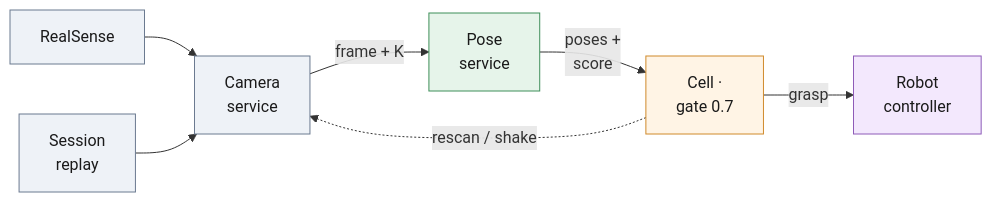
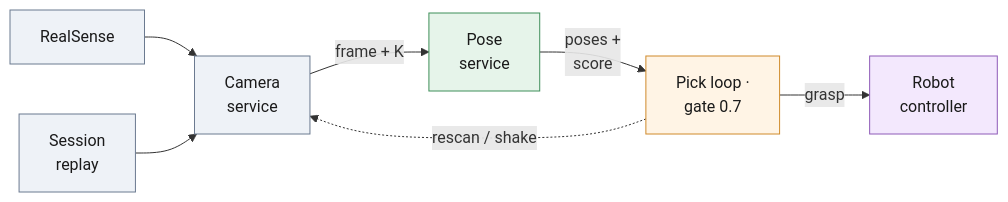
Before and after one commit to vucongboi080804/eureka-pose-estimation: the third of 3 diagrams in report.md, drawn with Mermaid. The commit also changed other lines of this file and 95 other files, not shown here.

````diff
--- a/report.md
+++ b/report.md
@@ -406,17 +406,17 @@
 ```mermaid
 flowchart LR
   rs["RealSense"] --> cam["Camera<br/>service"]
   rep["Session<br/>replay"] --> cam
   cam -- "frame + K" --> ps["Pose<br/>service"]
-  ps -- "poses +<br/>score" --> cell["Cell ·<br/>gate 0.7"]
+  ps -- "poses +<br/>score" --> cell["Pick loop ·<br/>gate 0.7"]
   cell -- "grasp" --> robot["Robot<br/>controller"]
   cell -. "rescan / shake" .-> cam
   classDef data fill:#eef2f7,stroke:#6b7a90,color:#1a1a1a
   classDef geom fill:#e6f4ea,stroke:#3f8f5a,color:#1a1a1a
   classDef check fill:#fff4e5,stroke:#d08a2b,color:#1a1a1a
   classDef out fill:#f3e8fd,stroke:#8e5bb8,color:#1a1a1a
   class rs,rep,cam data
   class ps geom
   class cell check
   class robot out
 ```
````
